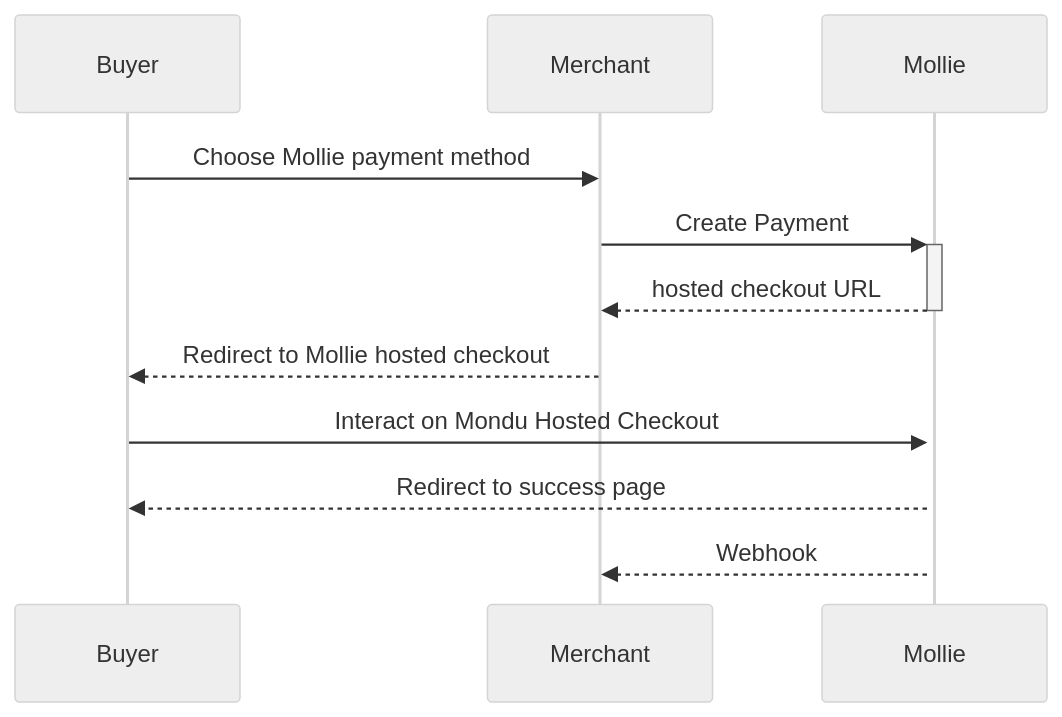
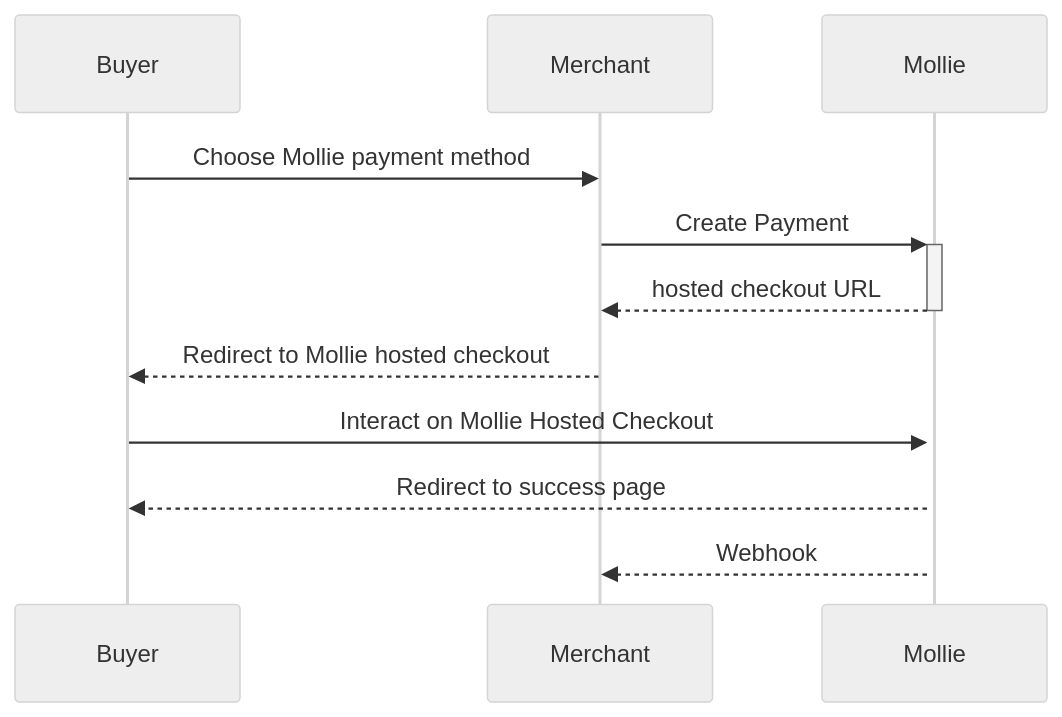
One commit to moarief/mollie-next changed the first of 2 diagrams in README.md. Above: the diagram before and after it, drawn with Mermaid (neutral theme).

````diff
--- a/README.md
+++ b/README.md
@@ -9,11 +9,11 @@
 ```mermaid
 sequenceDiagram
     Buyer ->> Merchant: Choose Mollie payment method
     Merchant ->>+ Mollie: Create Payment
     Mollie -->>- Merchant: hosted checkout URL
     Merchant -->> Buyer: Redirect to Mollie hosted checkout
-    Buyer ->>+ Mollie: Interact on Mondu Hosted Checkout
+    Buyer ->>+ Mollie: Interact on Mollie Hosted Checkout
     Mollie -->> Buyer: Redirect to success page
     Mollie -->> Merchant: Webhook
 
 ```
````
